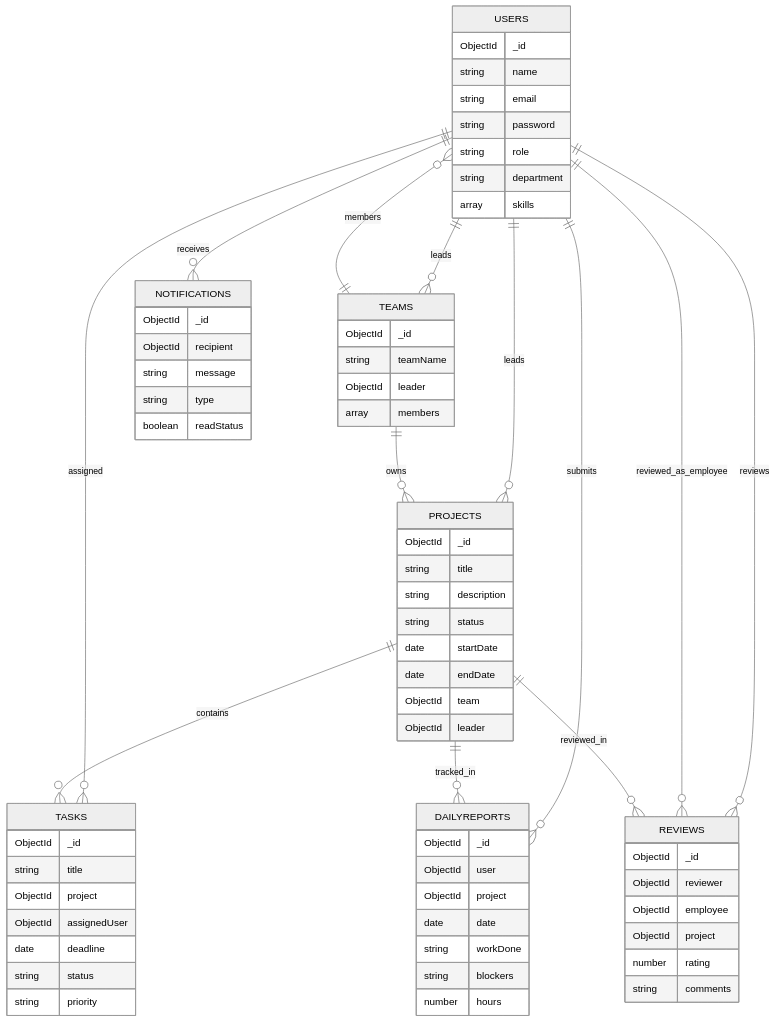
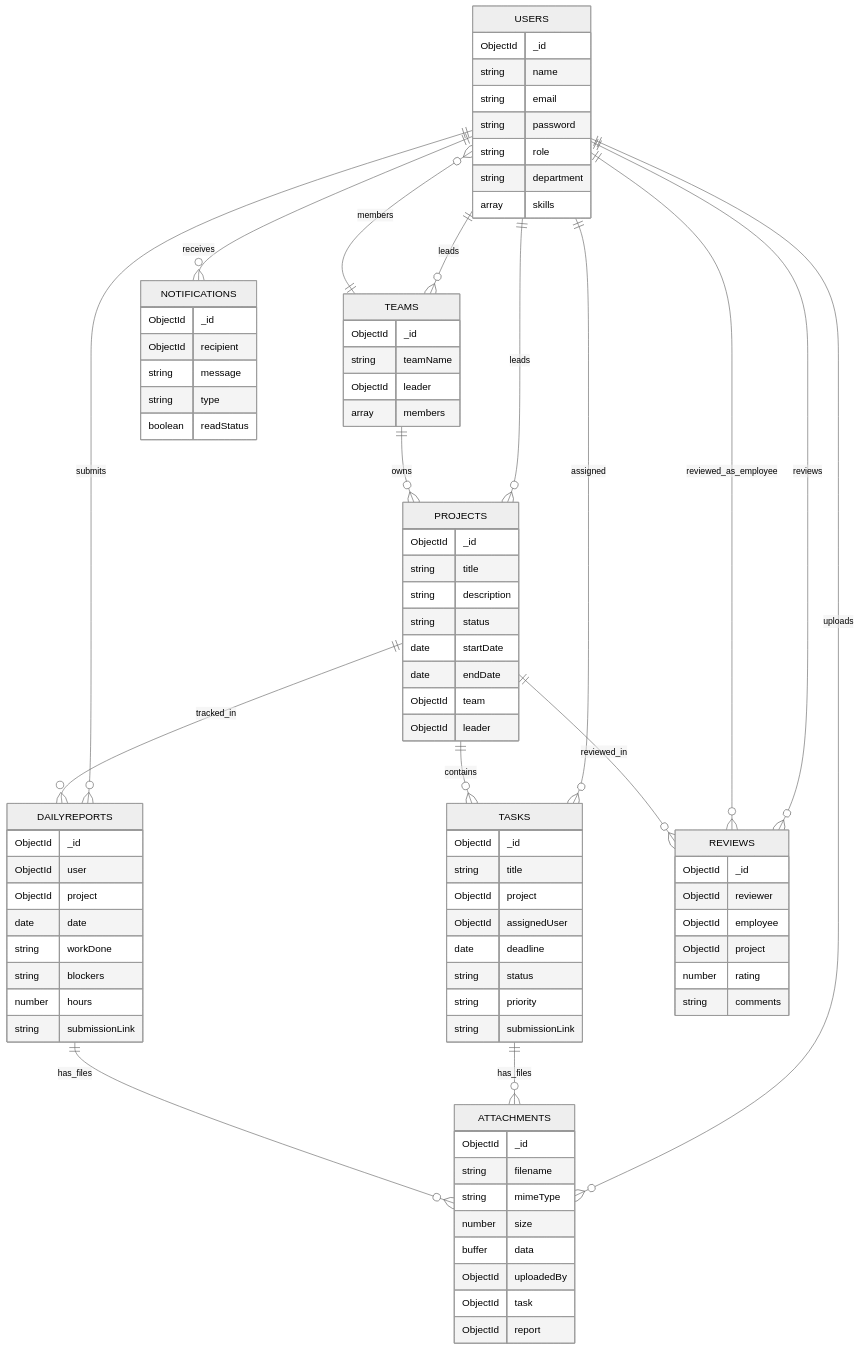
Before and after one commit to greesh1317/NexOra: the diagram in docs/ER_DIAGRAM.md, drawn with Mermaid (neutral theme). The commit also changed 60 other files, not shown here.

```diff
--- a/docs/ER_DIAGRAM.md
+++ b/docs/ER_DIAGRAM.md
@@ -14,6 +14,9 @@
     PROJECTS ||--o{ TASKS : contains
     PROJECTS ||--o{ DAILYREPORTS : tracked_in
     PROJECTS ||--o{ REVIEWS : reviewed_in
+    USERS ||--o{ ATTACHMENTS : uploads
+    TASKS ||--o{ ATTACHMENTS : has_files
+    DAILYREPORTS ||--o{ ATTACHMENTS : has_files
 
     USERS {
         ObjectId _id
@@ -51,6 +54,7 @@
         date deadline
         string status
         string priority
+        string submissionLink
     }
 
     DAILYREPORTS {
@@ -61,6 +65,7 @@
         string workDone
         string blockers
         number hours
+        string submissionLink
     }
 
     REVIEWS {
@@ -72,6 +77,17 @@
         string comments
     }
 
+    ATTACHMENTS {
+        ObjectId _id
+        string filename
+        string mimeType
+        number size
+        buffer data
+        ObjectId uploadedBy
+        ObjectId task
+        ObjectId report
+    }
+
     NOTIFICATIONS {
         ObjectId _id
         ObjectId recipient
```
